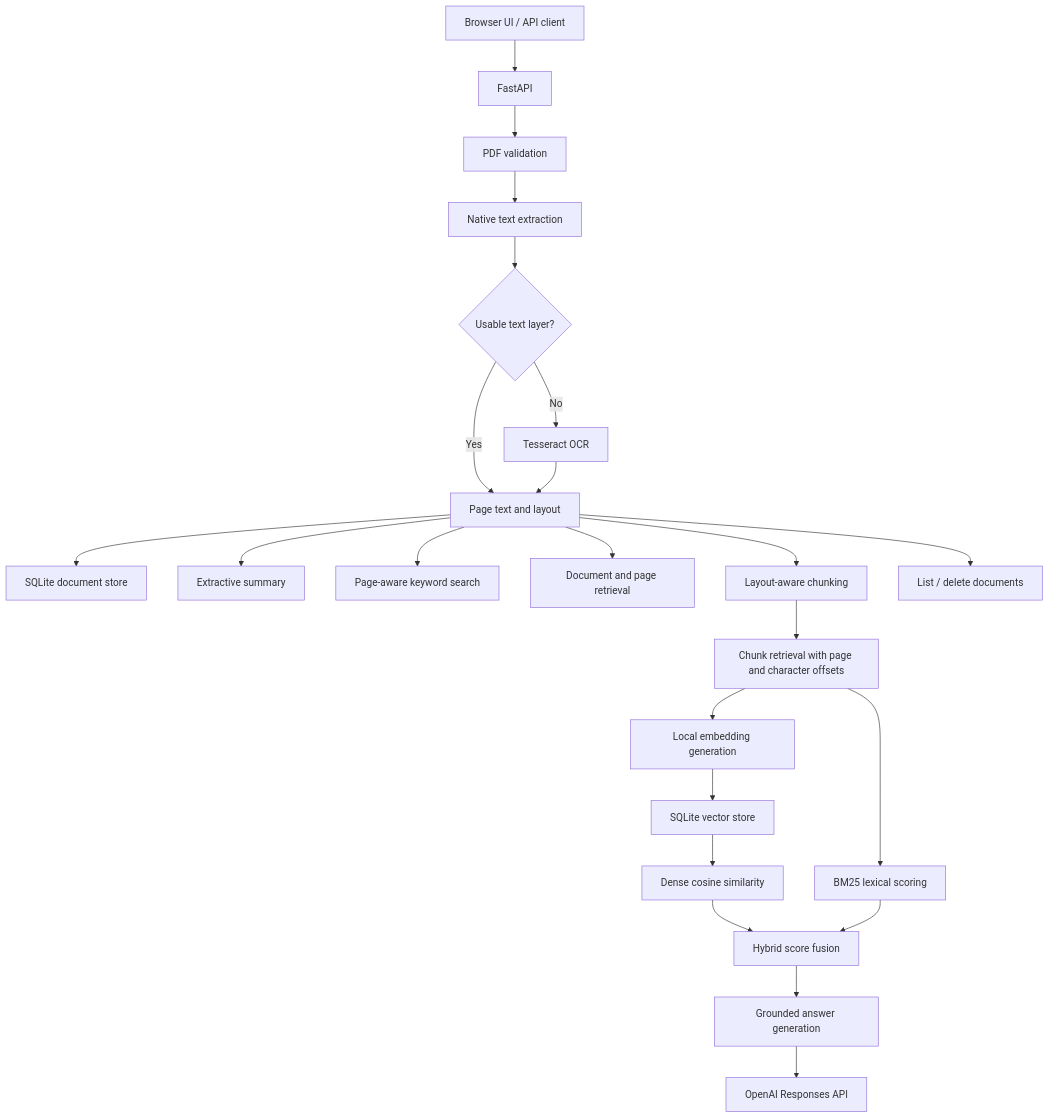
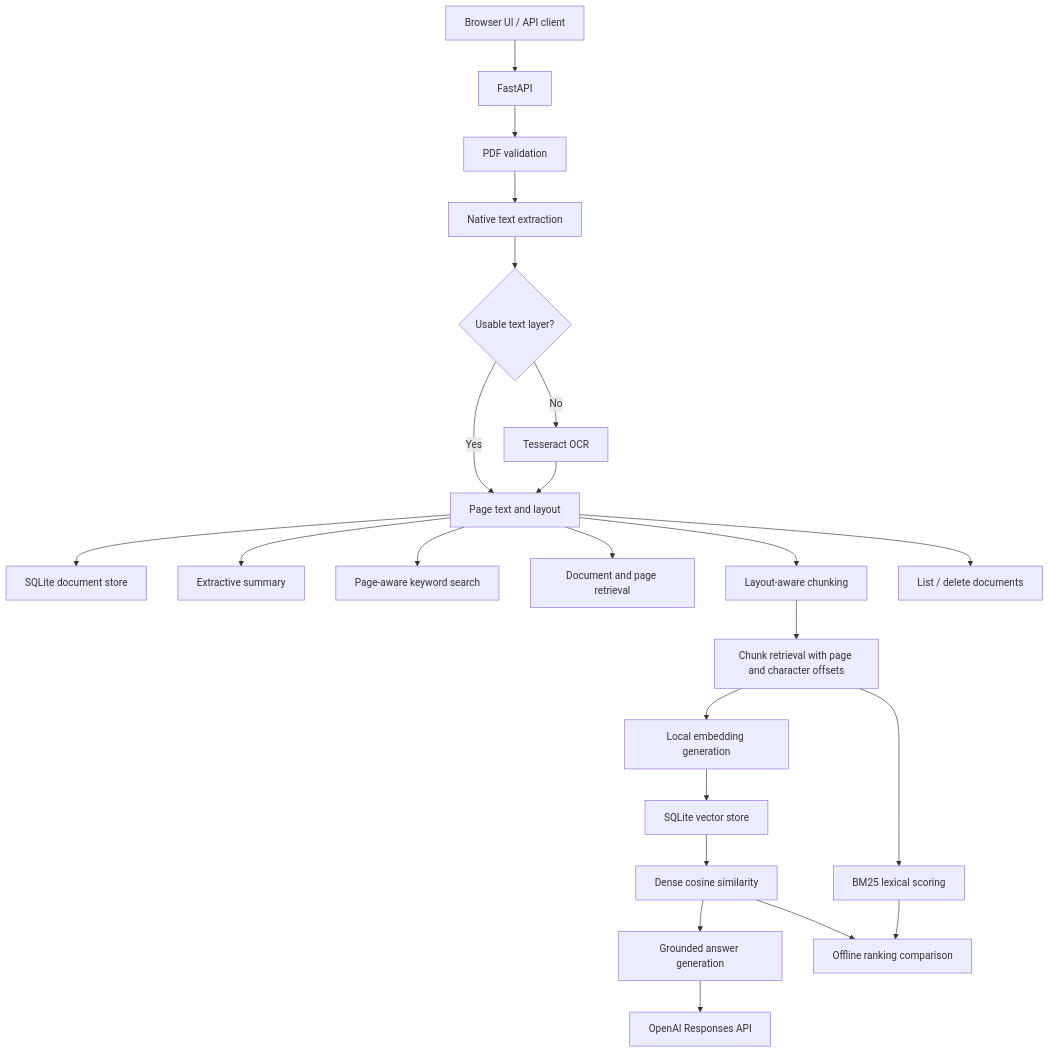
Before and after one commit to poojapansare18/documind-ai: the diagram in README.md, drawn with Mermaid.

Commit message:
Correct architecture diagram for semantic-only default retrieval

````diff
--- a/README.md
+++ b/README.md
@@ -34,25 +34,25 @@
 ```mermaid
 flowchart TD
     A[Browser UI / API client] --> B[FastAPI]
     B --> C[PDF validation]
     C --> D[Native text extraction]
     D --> Q{Usable text layer?}
     Q -->|Yes| E[Page text and layout]
     Q -->|No| R[Tesseract OCR]
     R --> E
     E --> S[SQLite document store]
     E --> F[Extractive summary]
     E --> G[Page-aware keyword search]
     E --> H[Document and page retrieval]
     E --> I[Layout-aware chunking]
     I --> J[Chunk retrieval with page and character offsets]
     J --> K[Local embedding generation]
     K --> L[SQLite vector store]
     L --> M[Dense cosine similarity]
     J --> N[BM25 lexical scoring]
-    M --> U[Hybrid score fusion]
-    N --> U
-    U --> O[Grounded answer generation]
+    M --> O[Grounded answer generation]
+    M --> W[Offline ranking comparison]
+    N --> W
     O --> P[OpenAI Responses API]
     E --> V[List / delete documents]
 ```
````
